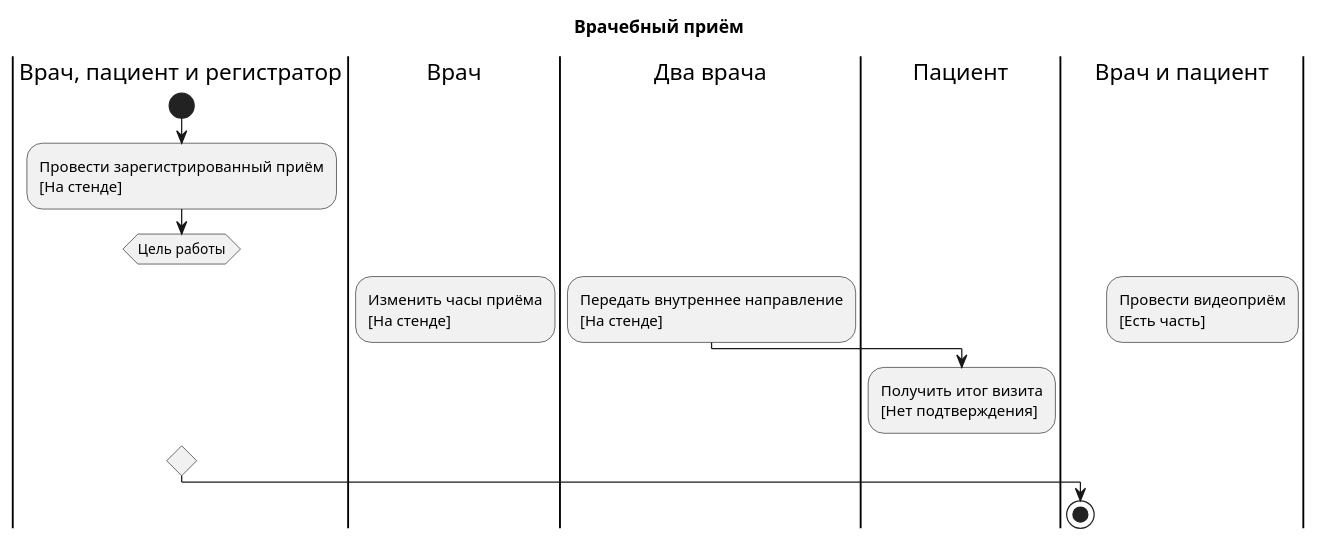
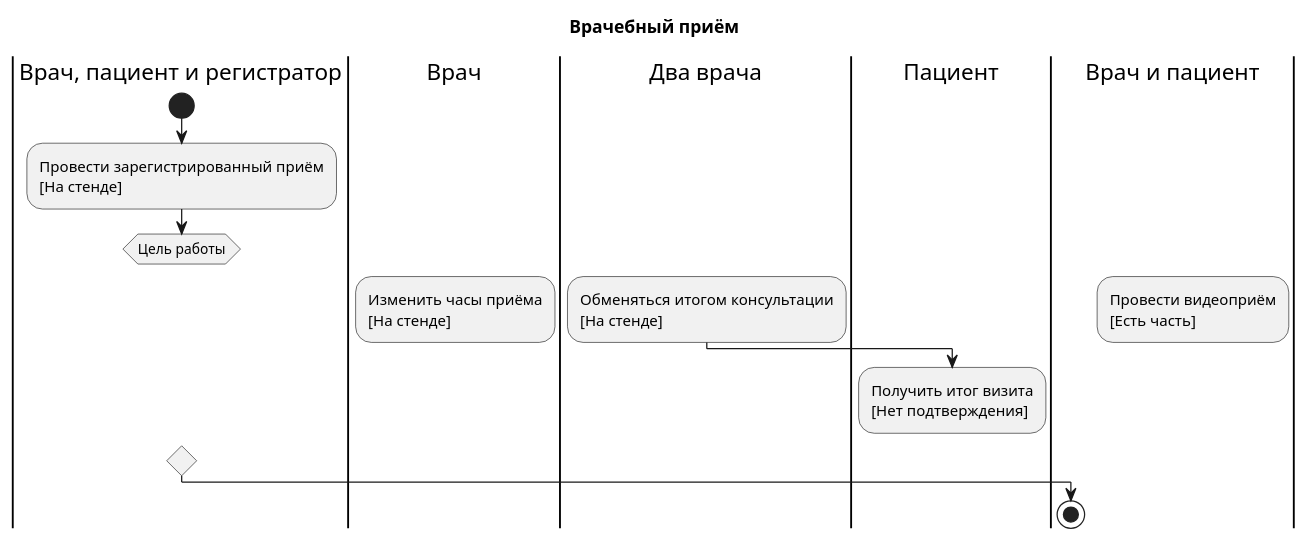
Before and after one commit to medbookdev/medbook-readiness: the third of 10 diagrams in medbook-full.puml, drawn with PlantUML. The commit also changed 20 other files, not shown here.

```diff
--- a/medbook-full.puml
+++ b/medbook-full.puml
@@ -58,22 +58,22 @@
 @startuml medbook-visit
 skinparam shadowing false
 title Врачебный приём
 |Врач, пациент и регистратор|
 start
 |Врач, пациент и регистратор|
 :Провести зарегистрированный приём\n[На стенде];
 switch (Цель работы)
 case (Расписание)
 |Врач|
 :Изменить часы приёма\n[На стенде];
 case (Приём)
 |Два врача|
-:Передать внутреннее направление\n[На стенде];
+:Обменяться итогом консультации\n[На стенде];
 |Пациент|
 :Получить итог визита\n[Нет подтверждения];
 case (Видеоконсультация)
 |Врач и пациент|
 :Провести видеоприём\n[Есть часть];
 endswitch
 stop
 @enduml
```
